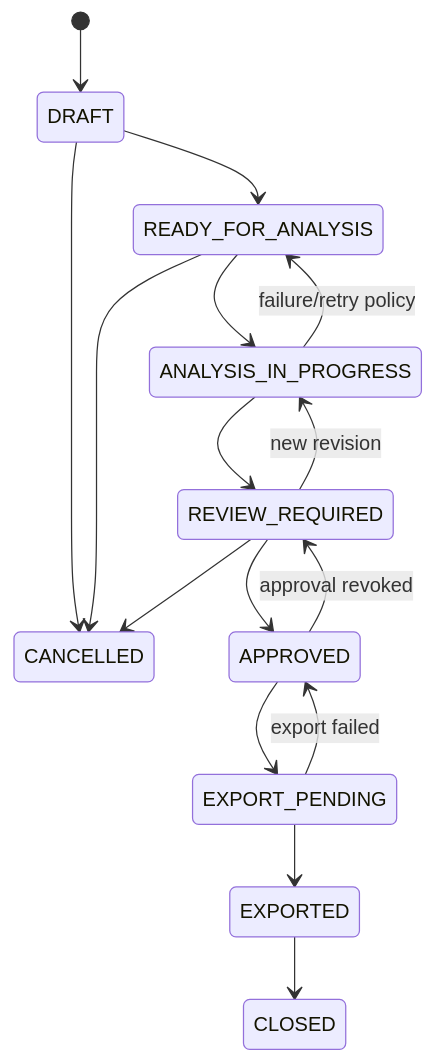
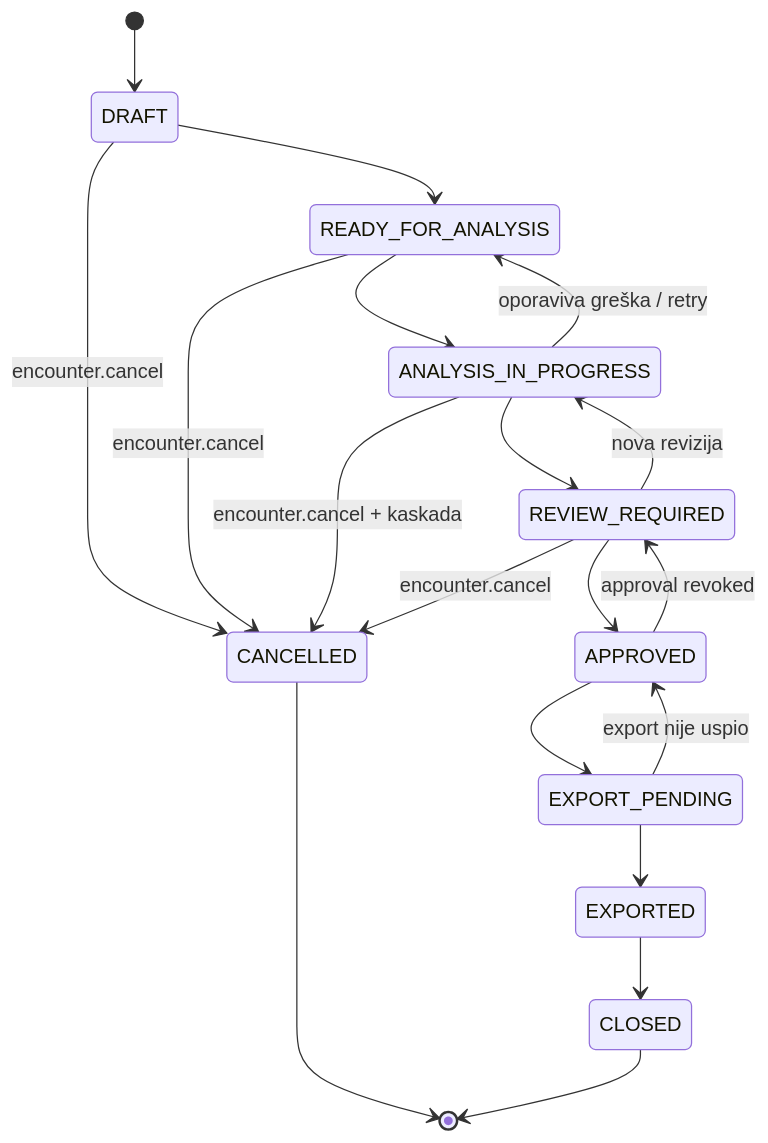
One commit to NerminFejzicAi/axenita-billing-copilot changed diagram 12 of 15 in docs/14_DATA_FLOW_AND_SEQUENCE_DIAGRAMS.md. Above: the diagram before and after it, drawn with Mermaid. The commit also changed other lines of this file, not shown here.

Commit message:
docs(diagrams): reconcile encounter and analysis state machines

````diff
--- a/docs/14_DATA_FLOW_AND_SEQUENCE_DIAGRAMS.md
+++ b/docs/14_DATA_FLOW_AND_SEQUENCE_DIAGRAMS.md
@@ -298,18 +301,29 @@
 ```mermaid
 stateDiagram-v2
     [*] --> DRAFT
+
     DRAFT --> READY_FOR_ANALYSIS
-    DRAFT --> CANCELLED
+    DRAFT --> CANCELLED: encounter.cancel
+
     READY_FOR_ANALYSIS --> ANALYSIS_IN_PROGRESS
-    READY_FOR_ANALYSIS --> CANCELLED
+    READY_FOR_ANALYSIS --> CANCELLED: encounter.cancel
+
     ANALYSIS_IN_PROGRESS --> REVIEW_REQUIRED
-    ANALYSIS_IN_PROGRESS --> READY_FOR_ANALYSIS: failure/retry policy
-    REVIEW_REQUIRED --> ANALYSIS_IN_PROGRESS: new revision
+    ANALYSIS_IN_PROGRESS --> READY_FOR_ANALYSIS: oporaviva greška / retry
+    ANALYSIS_IN_PROGRESS --> CANCELLED: encounter.cancel + kaskada
+
     REVIEW_REQUIRED --> APPROVED
-    REVIEW_REQUIRED --> CANCELLED
+    REVIEW_REQUIRED --> ANALYSIS_IN_PROGRESS: nova revizija
+    REVIEW_REQUIRED --> CANCELLED: encounter.cancel
+
     APPROVED --> EXPORT_PENDING
     APPROVED --> REVIEW_REQUIRED: approval revoked
+
     EXPORT_PENDING --> EXPORTED
-    EXPORT_PENDING --> APPROVED: export failed
+    EXPORT_PENDING --> APPROVED: export nije uspio
+
     EXPORTED --> CLOSED
+
+    CANCELLED --> [*]
+    CLOSED --> [*]
 ```
````
